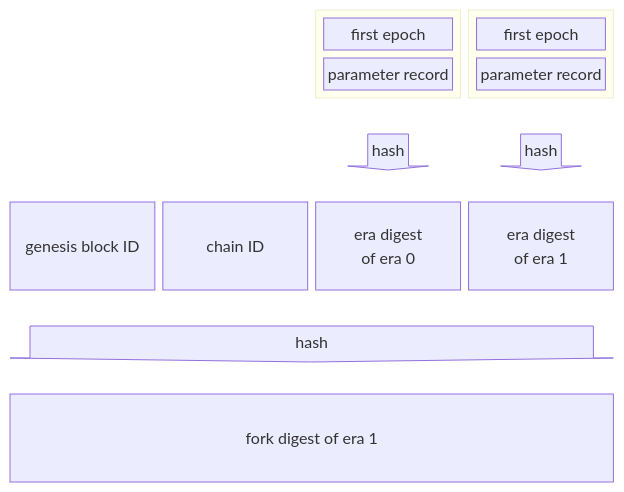
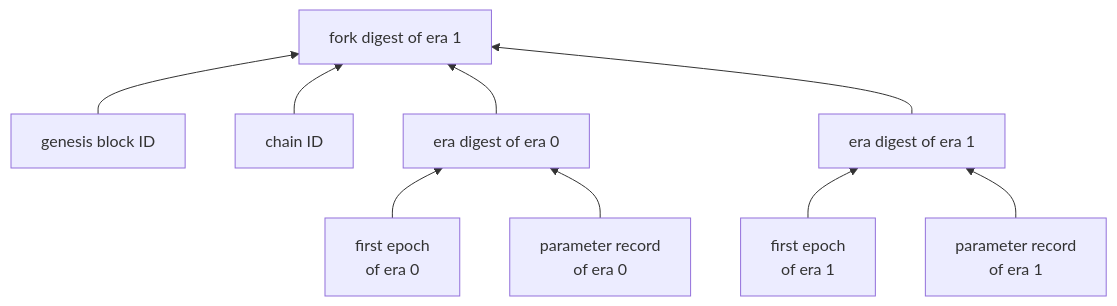
The fifth of 8 diagrams in docs/blockchain/raw/bedrock-eras.md (logos-co/logos-lips), drawn with Mermaid before and after one commit.

Commit message:
docs(blockchain): draw the fork digest as a hash tree with each era's own inputs

````diff
--- a/docs/blockchain/raw/bedrock-eras.md
+++ b/docs/blockchain/raw/bedrock-eras.md
@@ -159,19 +159,16 @@
 ```mermaid
-block-beta
-    columns 4
-    space:2
-    block:e0
-        columns 1
-        f0["first epoch"] p0["parameter record"]
-    end
-    block:e1
-        columns 1
-        f1["first epoch"] p1["parameter record"]
-    end
-    space:2
-    h0<["hash"]>(down)
-    h1<["hash"]>(down)
-    g["genesis block ID"] c["chain ID"] d0["era digest<br/>of era 0"] d1["era digest<br/>of era 1"]
-    h<["hash"]>(down):4
-    f["fork digest of era 1"]:4
+---
+config:
+  flowchart:
+    wrappingWidth: 260
+---
+flowchart BT
+    g["genesis block ID"] --> f["fork digest of era 1"]
+    c["chain ID"] --> f
+    d0["era digest of era 0"] --> f
+    d1["era digest of era 1"] --> f
+    e0["first epoch<br/>of era 0"] --> d0
+    p0["parameter record<br/>of era 0"] --> d0
+    e1["first epoch<br/>of era 1"] --> d1
+    p1["parameter record<br/>of era 1"] --> d1
 ```
````
